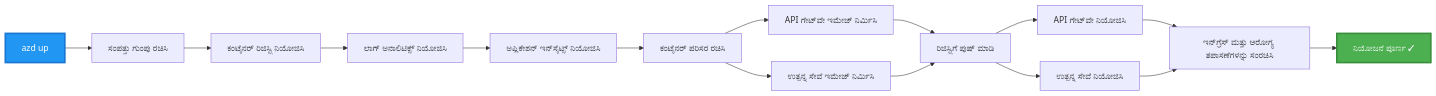
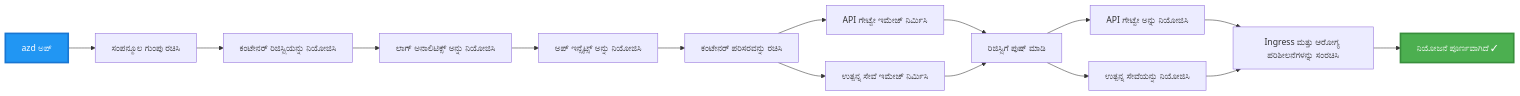
Before and after one commit to microsoft/AZD-for-beginners: the third of 4 diagrams in translations/kn/examples/microservices/README.md, drawn with Mermaid. The commit also changed other lines of this file and 470 other files, not shown here.

````diff
--- a/translations/kn/examples/microservices/README.md
+++ b/translations/kn/examples/microservices/README.md
@@ -242,20 +234,20 @@
 ```mermaid
 graph LR
-    A[azd up] --> B[ಸಂಪತ್ತು ಗುಂಪು ರಚಿಸಿ]
-    B --> C[ಕಂಟೈನರ್ ರಿಜಿಸ್ಟ್ರಿ ನಿಯೋಜಿಸಿ]
-    C --> D[ಲಾಗ್ ಅನಾಲಿಟಿಕ್ಸ್ ನಿಯೋಜಿಸಿ]
-    D --> E[ಅಪ್ಲಿಕೇಶನ್ ಇನ್‌ಸೈಟ್ಸ್ ನಿಯೋಜಿಸಿ]
-    E --> F[ಕಂಟೈನರ್ ಪರಿಸರ ರಚಿಸಿ]
-    F --> G[API ಗೇಟ್‌ವೇ ಇಮೇಜ್ ನಿರ್ಮಿಸಿ]
+    A[azd ಅಪ್] --> B[ಸಂಪನ್ಮೂಲ ಗುಂಪು ರಚಿಸಿ]
+    B --> C[ಕಂಟೇನರ್ ರಿಜಿಸ್ಟ್ರಿಯನ್ನು ನಿಯೋಜಿಸಿ]
+    C --> D[ಲಾಗ್ ಅನಾಲಿಟಿಕ್ಸ್ ಅನ್ನು ನಿಯೋಜಿಸಿ]
+    D --> E[ಅಪ್ ಇನ್ಸೈಟ್ಸ್ ಅನ್ನು ನಿಯೋಜಿಸಿ]
+    E --> F[ಕಂಟೇನರ್ ಪರಿಸರವನ್ನು ರಚಿಸಿ]
+    F --> G[API ಗೇಟ್ವೇ ಇಮೇಜ್ ನಿರ್ಮಿಸಿ]
     F --> H[ಉತ್ಪನ್ನ ಸೇವೆ ಇಮೇಜ್ ನಿರ್ಮಿಸಿ]
     G --> I[ರಿಜಿಸ್ಟ್ರಿಗೆ ಪುಷ್ ಮಾಡಿ]
     H --> I
-    I --> J[API ಗೇಟ್‌ವೇ ನಿಯೋಜಿಸಿ]
-    I --> K[ಉತ್ಪನ್ನ ಸೇವೆ ನಿಯೋಜಿಸಿ]
-    J --> L[ಇನ್‌ಗ್ರೆಸ್ ಮತ್ತು ಆರೋಗ್ಯ ತಪಾಸಣೆಗಳನ್ನು ಸಂರಚಿಸಿ]
+    I --> J[API ಗೇಟ್ವೇ ಅನ್ನು ನಿಯೋಜಿಸಿ]
+    I --> K[ಉತ್ಪನ್ನ ಸೇವೆಯನ್ನು ನಿಯೋಜಿಸಿ]
+    J --> L[Ingress ಮತ್ತು ಆರೋಗ್ಯ ಪರಿಶೀಲನೆಗಳನ್ನು ಸಂರಚಿಸಿ]
     K --> L
-    L --> M[ನಿಯೋಜನೆ ಪೂರ್ಣ ✓]
+    L --> M[ನಿಯೋಜನೆ ಪೂರ್ಣವಾಗಿದೆ ✓]
     
     style A fill:#2196F3,stroke:#1976D2,stroke-width:3px,color:#fff
     style M fill:#4CAF50,stroke:#388E3C,stroke-width:3px,color:#fff
 ```
````
